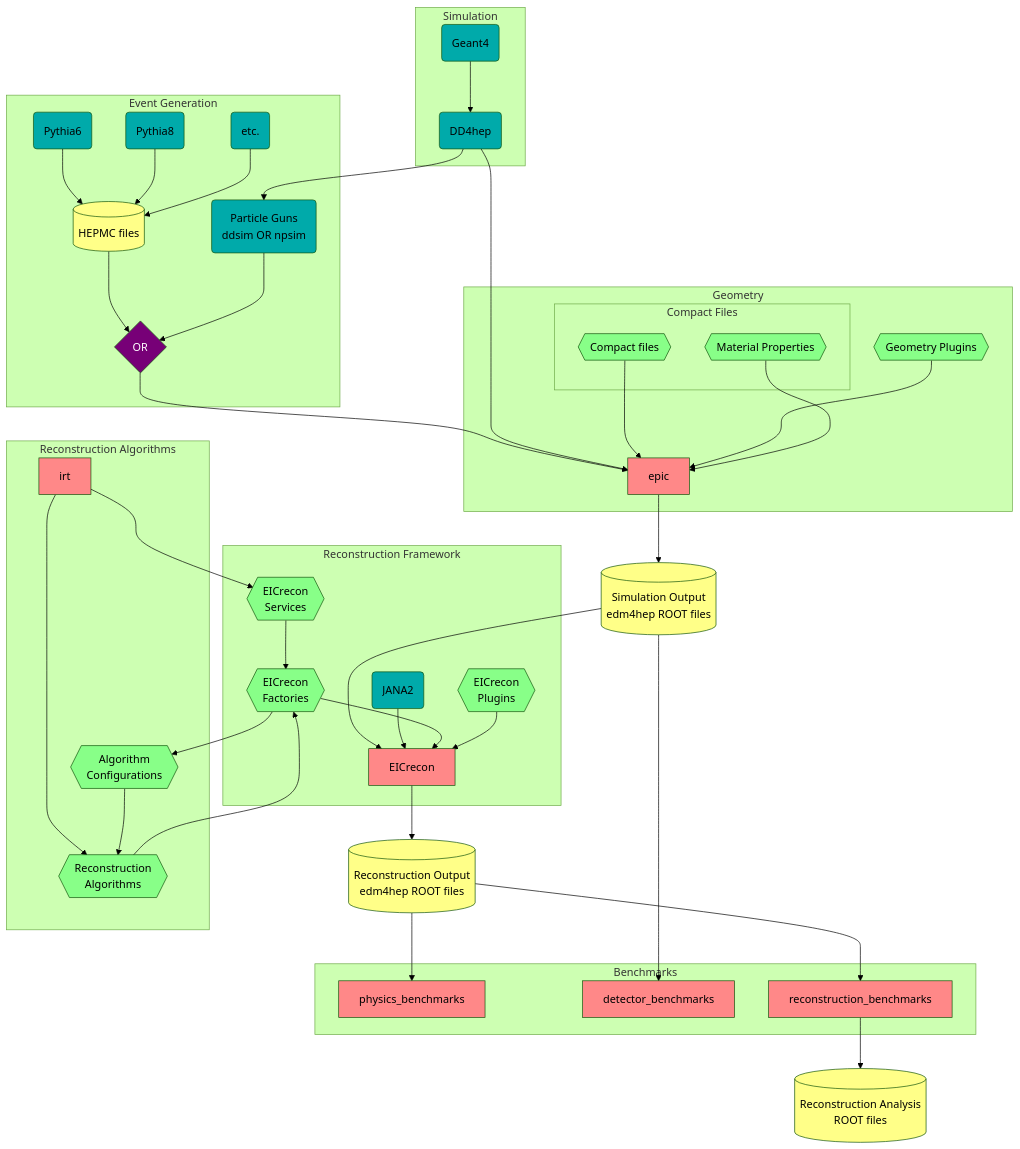
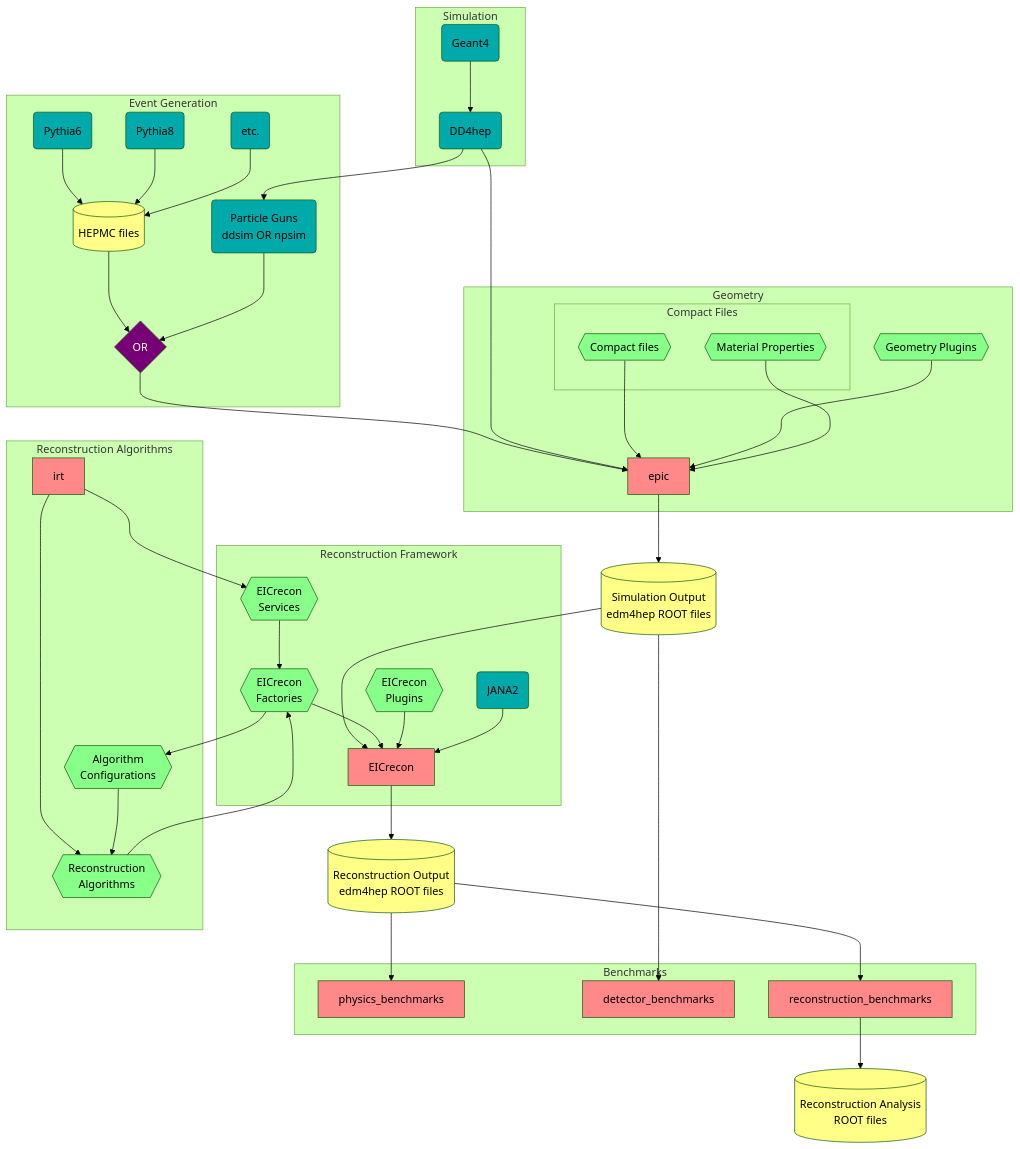
One commit to eic/drich-dev changed the third of 3 diagrams in README.md. Above: the diagram before and after it, drawn with Mermaid (forest theme). The commit also changed other lines of this file, not shown here.

````diff
--- a/README.md
+++ b/README.md
@@ -228,81 +228,81 @@
 ```mermaid
 flowchart TB
   classDef epic fill:#ff8888,color:black
   classDef dep fill:#00aaaa,color:black
   classDef obj fill:#88ff88,color:black
   classDef data fill:#ffff88,color:black
   classDef op fill:#770077,color:white
 
   subgraph Event Generation
     Pythia6(Pythia6):::dep
     Pythia8(Pythia8):::dep
     OtherGen(etc.):::dep
     Hepmc[(HEPMC files)]:::data
     Gun(Particle Guns<br/>ddsim OR npsim):::dep
     GenOR{OR}:::op
   end
   Pythia6  --> Hepmc
   Pythia8  --> Hepmc
   OtherGen --> Hepmc
   Hepmc    --> GenOR
   Gun      --> GenOR
 
   subgraph Simulation
     DD4hep(DD4hep):::dep
     Geant(Geant4):::dep
   end
   Geant --> DD4hep
 
   subgraph Geometry
     Epic[epic]:::epic
     subgraph Compact Files
       DDCompact{{Compact files}}:::obj
       DDMat{{Material Properties}}:::obj
     end
     DDPlugin{{Geometry Plugins}}:::obj
   end
   SimOut[(Simulation Output<br/>edm4hep ROOT files)]:::data
   DD4hep    --> Gun
   GenOR     --> Epic
   DD4hep    --> Epic
   DDCompact --> Epic
   DDPlugin  --> Epic
   DDMat     --> Epic
   Epic      --> SimOut
 
   subgraph Reconstruction Framework
     JANA(JANA2):::dep
     EICreconPlugins{{EICrecon<br/>Plugins}}:::obj
     EICreconFactories{{EICrecon<br/>Factories}}:::obj
     EICreconServices{{EICrecon<br/>Services}}:::obj
     EICrecon[EICrecon]:::epic
   end
   subgraph Reconstruction Algorithms
     IRT[irt]:::epic
     RecoAlgorithms{{Reconstruction<br/>Algorithms}}:::obj
     RecoAlgorithmConfigs{{Algorithm<br/>Configurations}}:::obj
   end
   RecOut[(Reconstruction Output<br/>edm4hep ROOT files)]:::data
   SimOut               ---> EICrecon
-  JANA                 -->  EICrecon
   EICreconServices     -->  EICreconFactories
   EICreconFactories    -->  RecoAlgorithmConfigs
   EICreconFactories    -->  EICrecon
   EICreconPlugins      -->  EICrecon
   IRT                  -->  EICreconServices
   IRT                  -->  RecoAlgorithms
+  RecoAlgorithms       -->  EICreconFactories
   RecoAlgorithmConfigs -->  RecoAlgorithms
-  RecoAlgorithms       -->  EICreconFactories
+  JANA                 -->  EICrecon
   EICrecon         -->  RecOut
 
   subgraph Benchmarks
     PhysicsBenchmarks[physics_benchmarks]:::epic
     DetectorBenchmarks[detector_benchmarks]:::epic
     ReconstructionBenchmarks[reconstruction_benchmarks]:::epic
   end
   AnaOut[(Reconstruction Analysis<br/>ROOT files)]:::data
   SimOut --> DetectorBenchmarks
   RecOut --> PhysicsBenchmarks
   RecOut --> ReconstructionBenchmarks --> AnaOut
 
 ```
````
